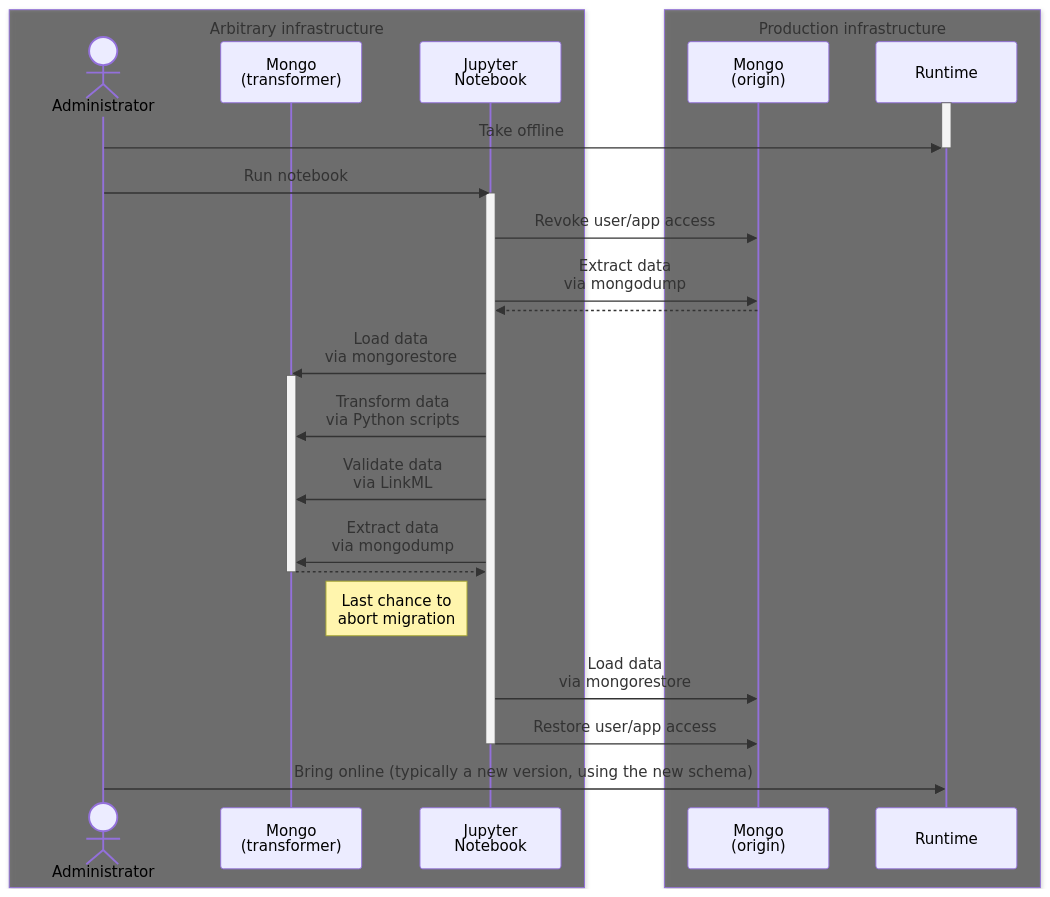
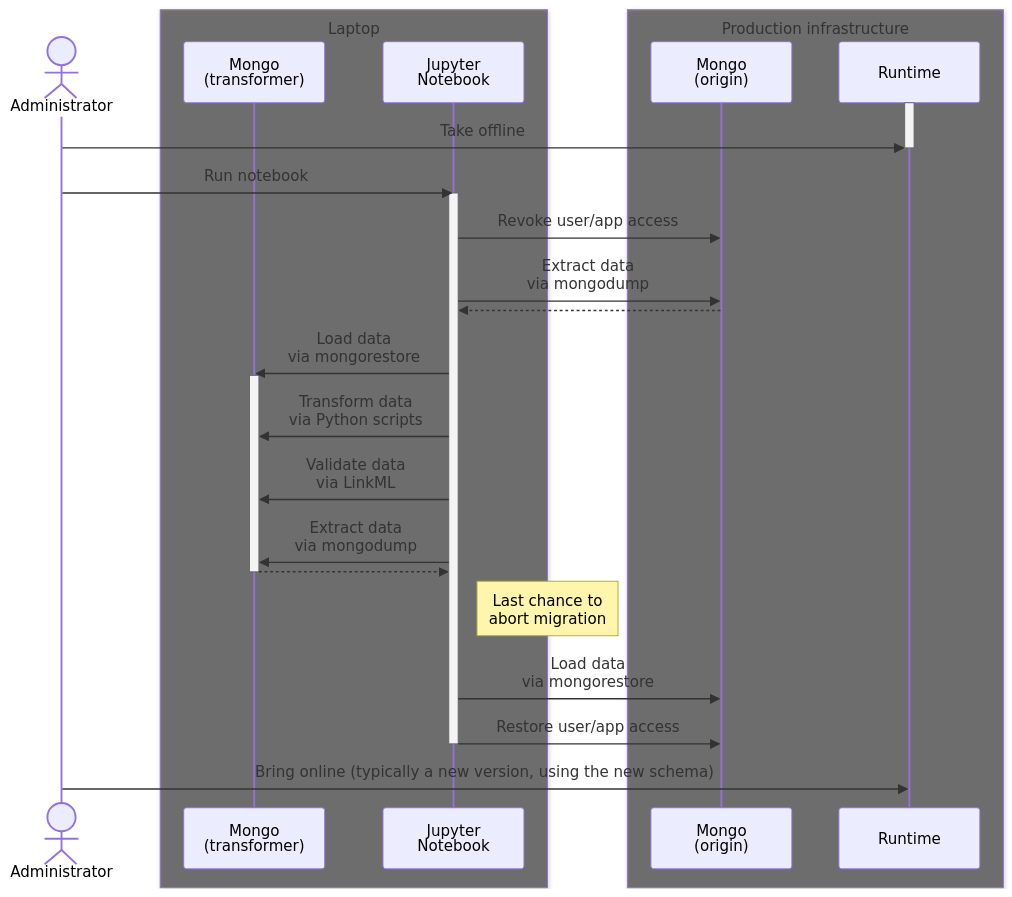
The diagram in docs/content/howto-guides/database-migration.md (microbiomedata/nmdc-runtime), drawn with Mermaid before and after one commit.

Commit message:
Refine diagram text, grouping, and comment positioning

````diff
--- a/docs/content/howto-guides/database-migration.md
+++ b/docs/content/howto-guides/database-migration.md
@@ -27,41 +27,42 @@
 ```mermaid
 %% This is a Mermaid diagram.
 %% Docs: https://docs.mermaidchart.com/mermaid-oss/syntax/sequenceDiagram.html
 
 sequenceDiagram
-    box rgba(0, 0, 0, 0.5) Arbitrary infrastructure
-        actor       USER as Administrator
+    actor       USER as Administrator
+
+    box rgba(0, 0, 0, 0.5) Laptop
         participant DB_T as Mongo<br>(transformer)
         participant NB as Jupyter<br>Notebook
     end
 
     box rgba(0, 0, 0, 0.5) Production infrastructure
         participant DB_O as Mongo<br>(origin)
         participant RUNTIME as Runtime
     end
 
     activate RUNTIME
     USER ->> RUNTIME: Take offline
     deactivate RUNTIME
 
     USER ->> NB: Run notebook
 
     activate NB
     NB ->> DB_O: Revoke user/app access
     NB ->> DB_O: Extract data<br>via mongodump
     DB_O -->> NB: 
     NB ->> DB_T: Load data<br>via mongorestore
     activate DB_T
     NB ->> DB_T: Transform data<br>via Python scripts
     NB ->> DB_T: Validate data<br>via LinkML
     NB ->> DB_T: Extract data<br>via mongodump
     DB_T -->> NB: 
     deactivate DB_T
-    Note left of NB: Last chance to<br>abort migration
+    Note right of NB: Last chance to<br>abort migration
     NB ->> DB_O: Load data<br>via mongorestore
     NB ->> DB_O: Restore user/app access
     deactivate NB
 
     USER ->> RUNTIME: Bring online (typically a new version, using the new schema)
     activate RUNTIME
 ```
````
